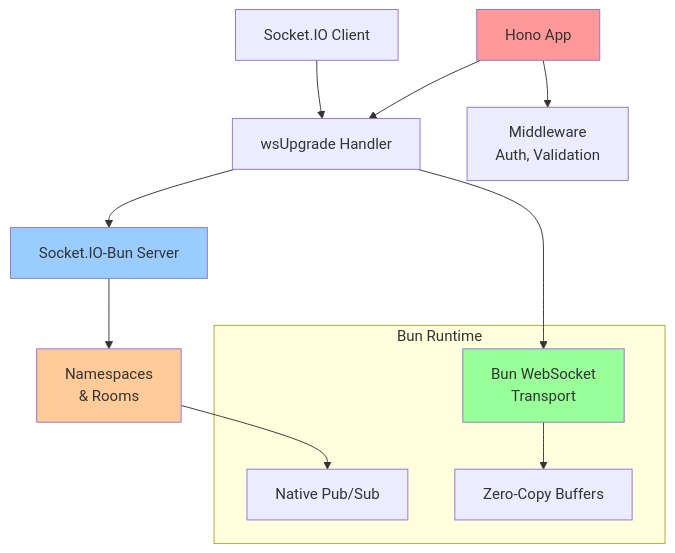
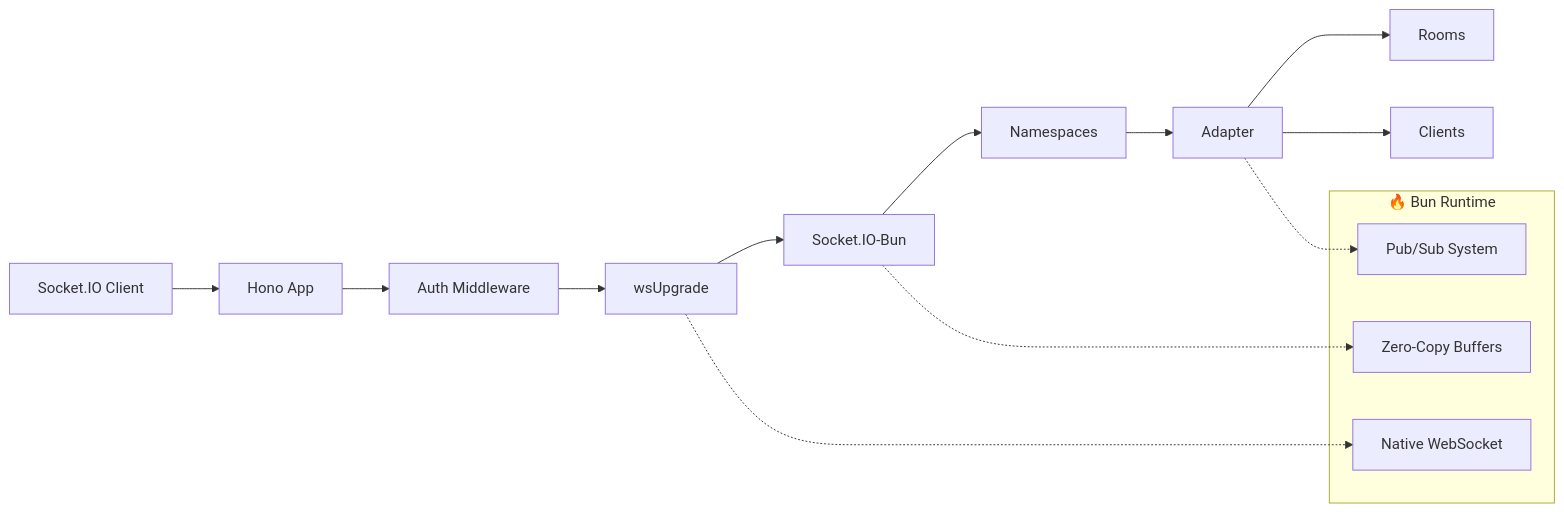
One commit to phederal/socket.io-bun changed the diagram in README.md. Above: the diagram before and after it, drawn with Mermaid.

Commit message:
docs: update architecture diagram in README for clarity and accuracy

````diff
--- a/README.md
+++ b/README.md
@@ -177,25 +177,22 @@
 ```mermaid
-graph TD
-    A[Hono App] --> B[wsUpgrade Handler]
-    B --> C[Socket.IO-Bun Server]
+flowchart LR
+   Client[Socket.IO Client] --> Hono[Hono App]
+   Hono --> Middleware[Auth Middleware]
+   Middleware --> WS[wsUpgrade]
+   WS --> SocketIO[Socket.IO-Bun]
 
-    A --> D[Middleware<br/>Auth, Validation]
-    B --> E[Bun WebSocket<br/>Transport]
-    C --> F[Namespaces<br/>& Rooms]
+   SocketIO --> NS[Namespaces]
+   NS --> Adapter[Adapter]
+   Adapter --> Rooms[Rooms]
+   Adapter --> Clients[Clients]
 
-    G[Socket.IO Client] --> B
+   subgraph Bun["🔥 Bun Runtime"]
+       WebSocket[Native WebSocket]
+       PubSub[Pub/Sub System]
+       ZeroCopy[Zero-Copy Buffers]
+   end
 
-    subgraph "Bun Runtime"
-        E
-        H[Native Pub/Sub]
-        I[Zero-Copy Buffers]
-    end
-
-    F --> H
-    E --> I
-
-    style A fill:#ff9999
-    style C fill:#99ccff
-    style E fill:#99ff99
-    style F fill:#ffcc99
+   WS -.-> WebSocket
+   Adapter -.-> PubSub
+   SocketIO -.-> ZeroCopy
 ```
````
